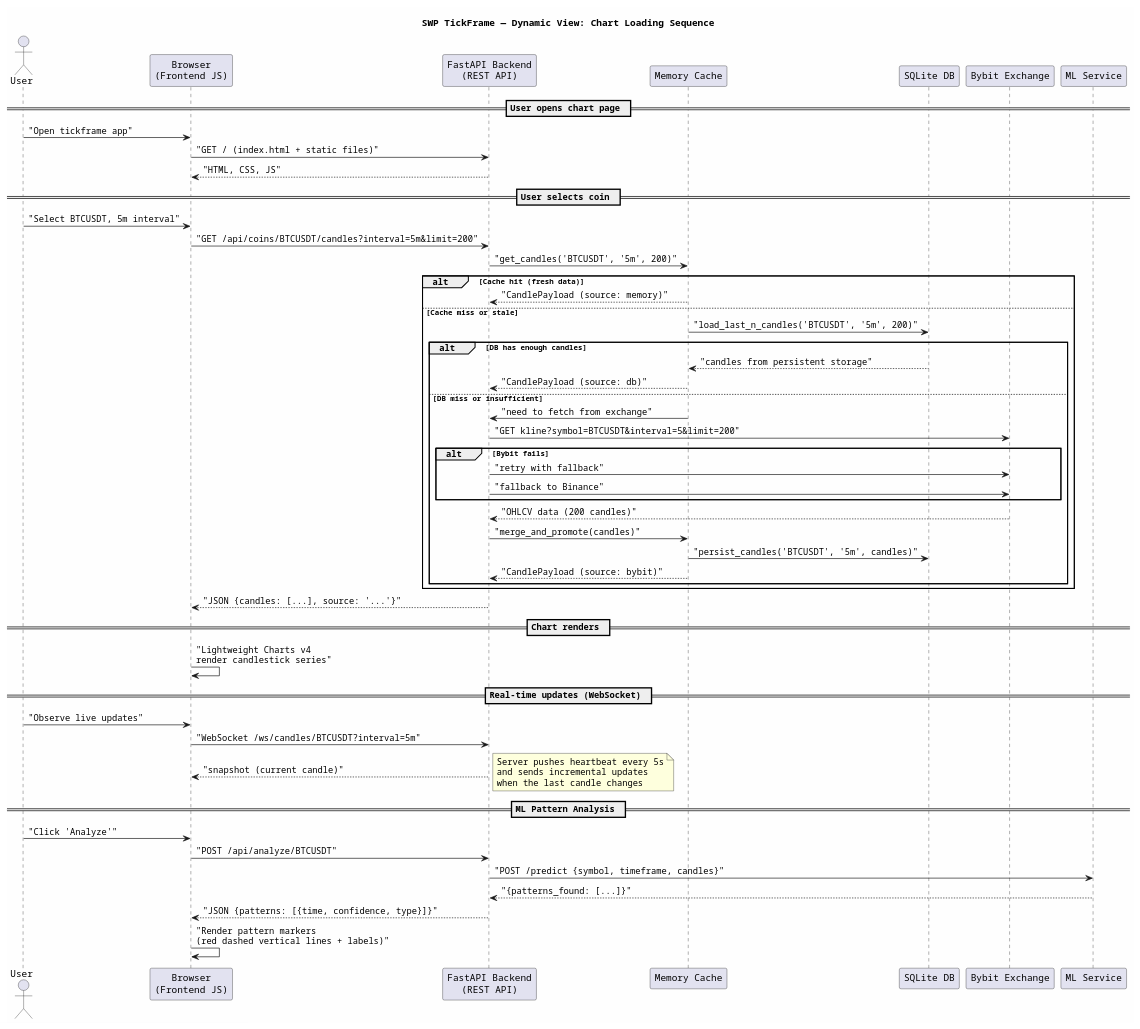
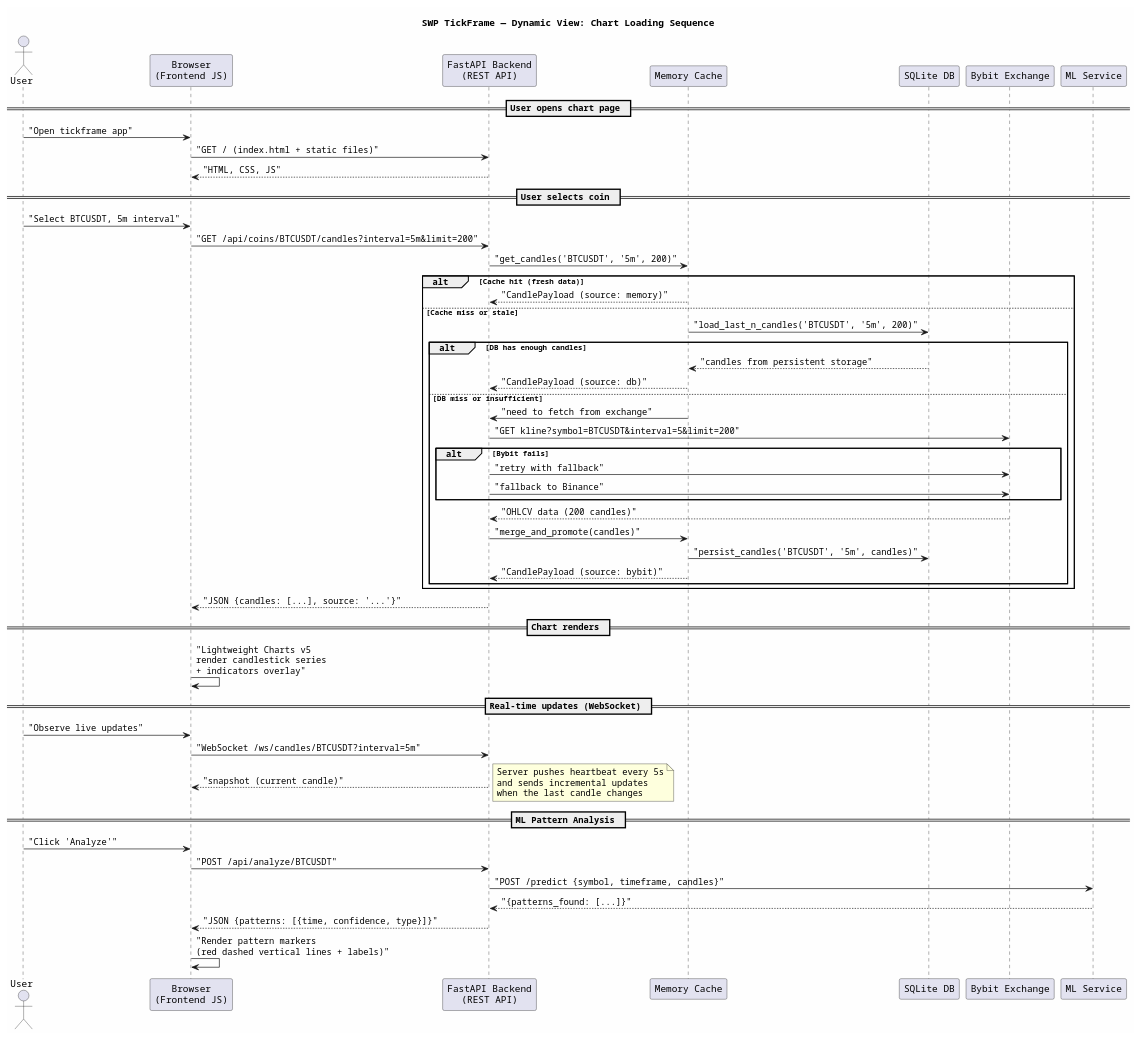
Before and after one commit to DaniilJechev/SWP_TickFrame_28_team: the diagram in docs/architecture/dynamic-view/diagram.puml, drawn with PlantUML. The commit also changed 15 other files, not shown here.

Commit message:
doc: update Sprint 5 documentation, reports, and diagrams for v2.2.0 trial release

```diff
--- a/docs/architecture/dynamic-view/diagram.puml
+++ b/docs/architecture/dynamic-view/diagram.puml
@@ -1,65 +1,65 @@
 @startuml
 skinparam defaultFontName Courier
 skinparam backgroundColor #FEFEFE
 
 title <b>SWP TickFrame — Dynamic View: Chart Loading Sequence</b>
 
 actor "User" as User
 participant "Browser\n(Frontend JS)" as Browser
 participant "FastAPI Backend\n(REST API)" as Backend
 participant "Memory Cache" as Cache
 participant "SQLite DB" as DB
 participant "Bybit Exchange" as Bybit
 participant "ML Service" as ML
 
 == User opens chart page ==
 User -> Browser : "Open tickframe app"
 Browser -> Backend : "GET / (index.html + static files)"
 Backend --> Browser : "HTML, CSS, JS"
 
 == User selects coin ==
 User -> Browser : "Select BTCUSDT, 5m interval"
 Browser -> Backend : "GET /api/coins/BTCUSDT/candles?interval=5m&limit=200"
 Backend -> Cache : "get_candles('BTCUSDT', '5m', 200)"
 
 alt Cache hit (fresh data)
   Cache --> Backend : "CandlePayload (source: memory)"
 else Cache miss or stale
   Cache -> DB : "load_last_n_candles('BTCUSDT', '5m', 200)"
   alt DB has enough candles
     DB --> Cache : "candles from persistent storage"
     Cache --> Backend : "CandlePayload (source: db)"
   else DB miss or insufficient
     Cache -> Backend : "need to fetch from exchange"
     Backend -> Bybit : "GET kline?symbol=BTCUSDT&interval=5&limit=200"
     alt Bybit fails
       Backend -> Bybit : "retry with fallback"
       Backend -> Bybit : "fallback to Binance"
     end
     Bybit --> Backend : "OHLCV data (200 candles)"
     Backend -> Cache : "merge_and_promote(candles)"
     Cache -> DB : "persist_candles('BTCUSDT', '5m', candles)"
     Cache --> Backend : "CandlePayload (source: bybit)"
   end
 end
 
 Backend --> Browser : "JSON {candles: [...], source: '...'}"
 
 == Chart renders ==
-Browser -> Browser : "Lightweight Charts v4\nrender candlestick series"
+Browser -> Browser : "Lightweight Charts v5\nrender candlestick series\n+ indicators overlay"
 
 == Real-time updates (WebSocket) ==
 User -> Browser : "Observe live updates"
 Browser -> Backend : "WebSocket /ws/candles/BTCUSDT?interval=5m"
 Backend --> Browser : "snapshot (current candle)"
 Note right: Server pushes heartbeat every 5s\nand sends incremental updates\nwhen the last candle changes
 
 == ML Pattern Analysis ==
 User -> Browser : "Click 'Analyze'"
 Browser -> Backend : "POST /api/analyze/BTCUSDT"
 Backend -> ML : "POST /predict {symbol, timeframe, candles}"
 ML --> Backend : "{patterns_found: [...]}"
 Backend --> Browser : "JSON {patterns: [{time, confidence, type}]}"
 Browser -> Browser : "Render pattern markers\n(red dashed vertical lines + labels)"
 
 @enduml
```
